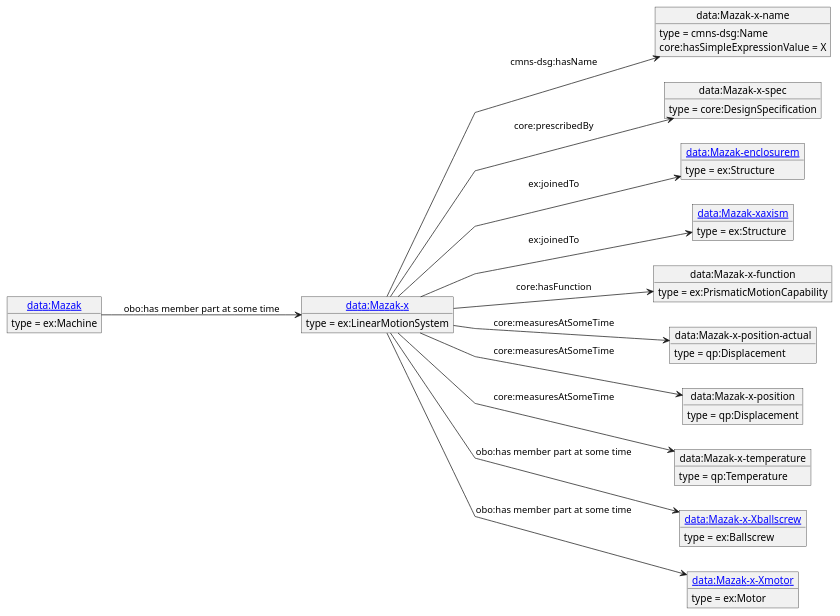
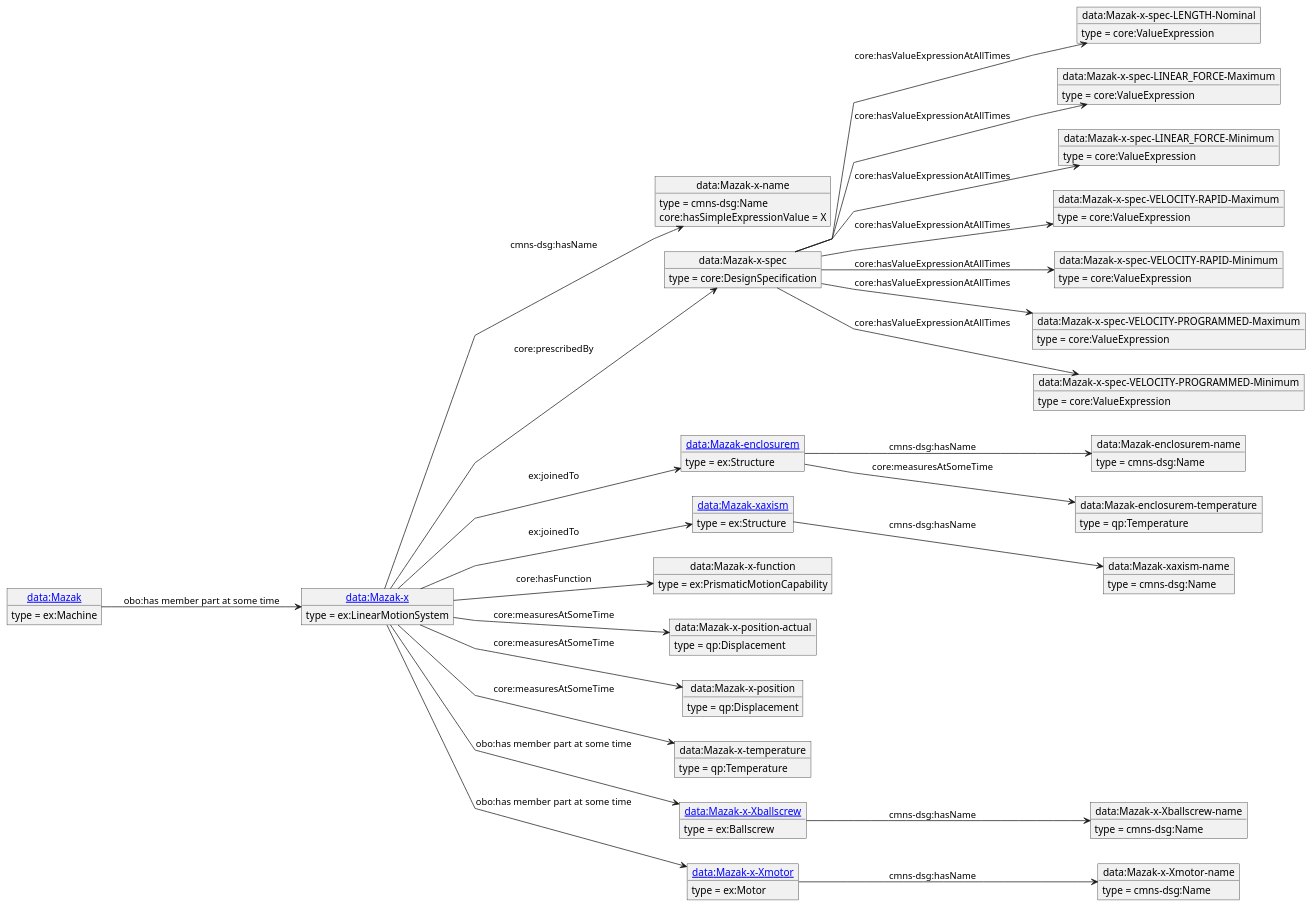
The diagram in diagrams/Mazak-x.puml (iofoundry/example-syseng-mtconnect), drawn with PlantUML before and after one commit. The commit also changed 162 other files, not shown here.

```diff
--- a/diagrams/Mazak-x.puml
+++ b/diagrams/Mazak-x.puml
@@ -1,52 +1,100 @@
 @startuml
 skinparam linetype polyline
 left to right direction
 object "[[./Mazak-x.html data:Mazak-x]]" as o1 {
  type = ex:LinearMotionSystem
  }
 object "data:Mazak-x-name" as o2 {
  type = cmns-dsg:Name
  }
 object "data:Mazak-x-spec" as o3 {
  type = core:DesignSpecification
  }
-object "[[./Mazak-enclosurem.html data:Mazak-enclosurem]]" as o4 {
+object "data:Mazak-x-spec-LENGTH-Nominal" as o4 {
+ type = core:ValueExpression
+ }
+object "data:Mazak-x-spec-LINEAR_FORCE-Maximum" as o5 {
+ type = core:ValueExpression
+ }
+object "data:Mazak-x-spec-LINEAR_FORCE-Minimum" as o6 {
+ type = core:ValueExpression
+ }
+object "data:Mazak-x-spec-VELOCITY-RAPID-Maximum" as o7 {
+ type = core:ValueExpression
+ }
+object "data:Mazak-x-spec-VELOCITY-RAPID-Minimum" as o8 {
+ type = core:ValueExpression
+ }
+object "data:Mazak-x-spec-VELOCITY-PROGRAMMED-Maximum" as o9 {
+ type = core:ValueExpression
+ }
+object "data:Mazak-x-spec-VELOCITY-PROGRAMMED-Minimum" as o10 {
+ type = core:ValueExpression
+ }
+object "[[./Mazak-enclosurem.html data:Mazak-enclosurem]]" as o11 {
  type = ex:Structure
  }
-object "[[./Mazak-xaxism.html data:Mazak-xaxism]]" as o5 {
+object "data:Mazak-enclosurem-name" as o12 {
+ type = cmns-dsg:Name
+ }
+object "data:Mazak-enclosurem-temperature" as o13 {
+ type = qp:Temperature
+ }
+object "[[./Mazak-xaxism.html data:Mazak-xaxism]]" as o14 {
  type = ex:Structure
  }
-object "data:Mazak-x-function" as o6 {
+object "data:Mazak-xaxism-name" as o15 {
+ type = cmns-dsg:Name
+ }
+object "data:Mazak-x-function" as o16 {
  type = ex:PrismaticMotionCapability
  }
-object "data:Mazak-x-position-actual" as o7 {
+object "data:Mazak-x-position-actual" as o17 {
  type = qp:Displacement
  }
-object "data:Mazak-x-position" as o8 {
+object "data:Mazak-x-position" as o18 {
  type = qp:Displacement
  }
-object "data:Mazak-x-temperature" as o9 {
+object "data:Mazak-x-temperature" as o19 {
  type = qp:Temperature
  }
-object "[[./Mazak-x-Xballscrew.html data:Mazak-x-Xballscrew]]" as o10 {
+object "[[./Mazak-x-Xballscrew.html data:Mazak-x-Xballscrew]]" as o20 {
  type = ex:Ballscrew
  }
-object "[[./Mazak-x-Xmotor.html data:Mazak-x-Xmotor]]" as o11 {
+object "data:Mazak-x-Xballscrew-name" as o21 {
+ type = cmns-dsg:Name
+ }
+object "[[./Mazak-x-Xmotor.html data:Mazak-x-Xmotor]]" as o22 {
  type = ex:Motor
  }
-object "[[./Mazak.html data:Mazak]]" as o12 {
+object "data:Mazak-x-Xmotor-name" as o23 {
+ type = cmns-dsg:Name
+ }
+object "[[./Mazak.html data:Mazak]]" as o24 {
  type = ex:Machine
  }
 o1 --> o2 : cmns-dsg:hasName
 o2 : core:hasSimpleExpressionValue = X
 o1 --> o3 : core:prescribedBy
-o1 --> o4 : ex:joinedTo
-o1 --> o5 : ex:joinedTo
-o1 --> o6 : core:hasFunction
-o1 --> o7 : core:measuresAtSomeTime
-o1 --> o8 : core:measuresAtSomeTime
-o1 --> o9 : core:measuresAtSomeTime
-o1 --> o10 : obo:has member part at some time
-o1 --> o11 : obo:has member part at some time
-o12 --> o1 : obo:has member part at some time
+o3 --> o4 : core:hasValueExpressionAtAllTimes
+o3 --> o5 : core:hasValueExpressionAtAllTimes
+o3 --> o6 : core:hasValueExpressionAtAllTimes
+o3 --> o7 : core:hasValueExpressionAtAllTimes
+o3 --> o8 : core:hasValueExpressionAtAllTimes
+o3 --> o9 : core:hasValueExpressionAtAllTimes
+o3 --> o10 : core:hasValueExpressionAtAllTimes
+o1 --> o11 : ex:joinedTo
+o11 --> o12 : cmns-dsg:hasName
+o11 --> o13 : core:measuresAtSomeTime
+o1 --> o14 : ex:joinedTo
+o14 --> o15 : cmns-dsg:hasName
+o1 --> o16 : core:hasFunction
+o1 --> o17 : core:measuresAtSomeTime
+o1 --> o18 : core:measuresAtSomeTime
+o1 --> o19 : core:measuresAtSomeTime
+o1 --> o20 : obo:has member part at some time
+o20 --> o21 : cmns-dsg:hasName
+o1 --> o22 : obo:has member part at some time
+o22 --> o23 : cmns-dsg:hasName
+o24 --> o1 : obo:has member part at some time
 @enduml
```
